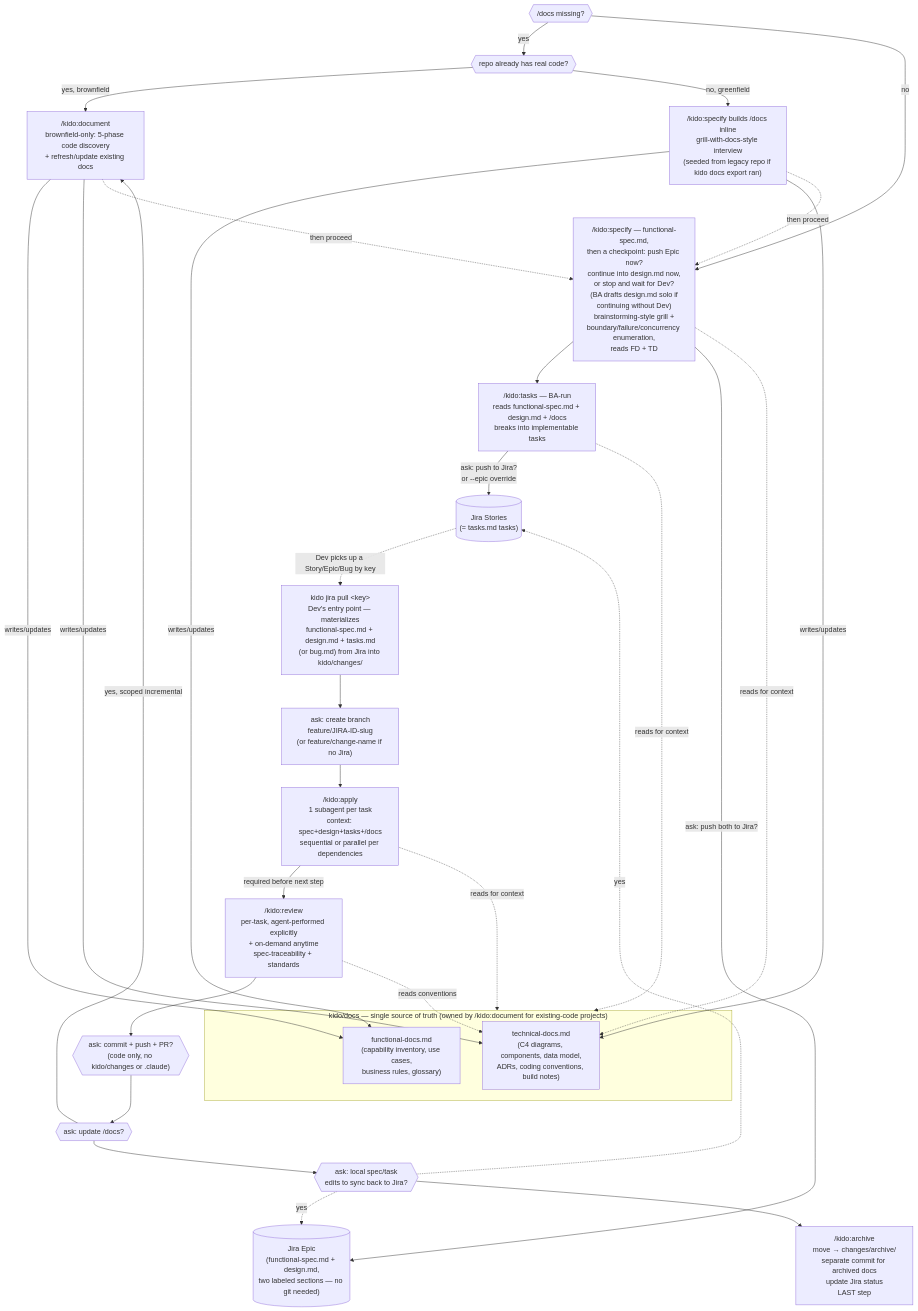
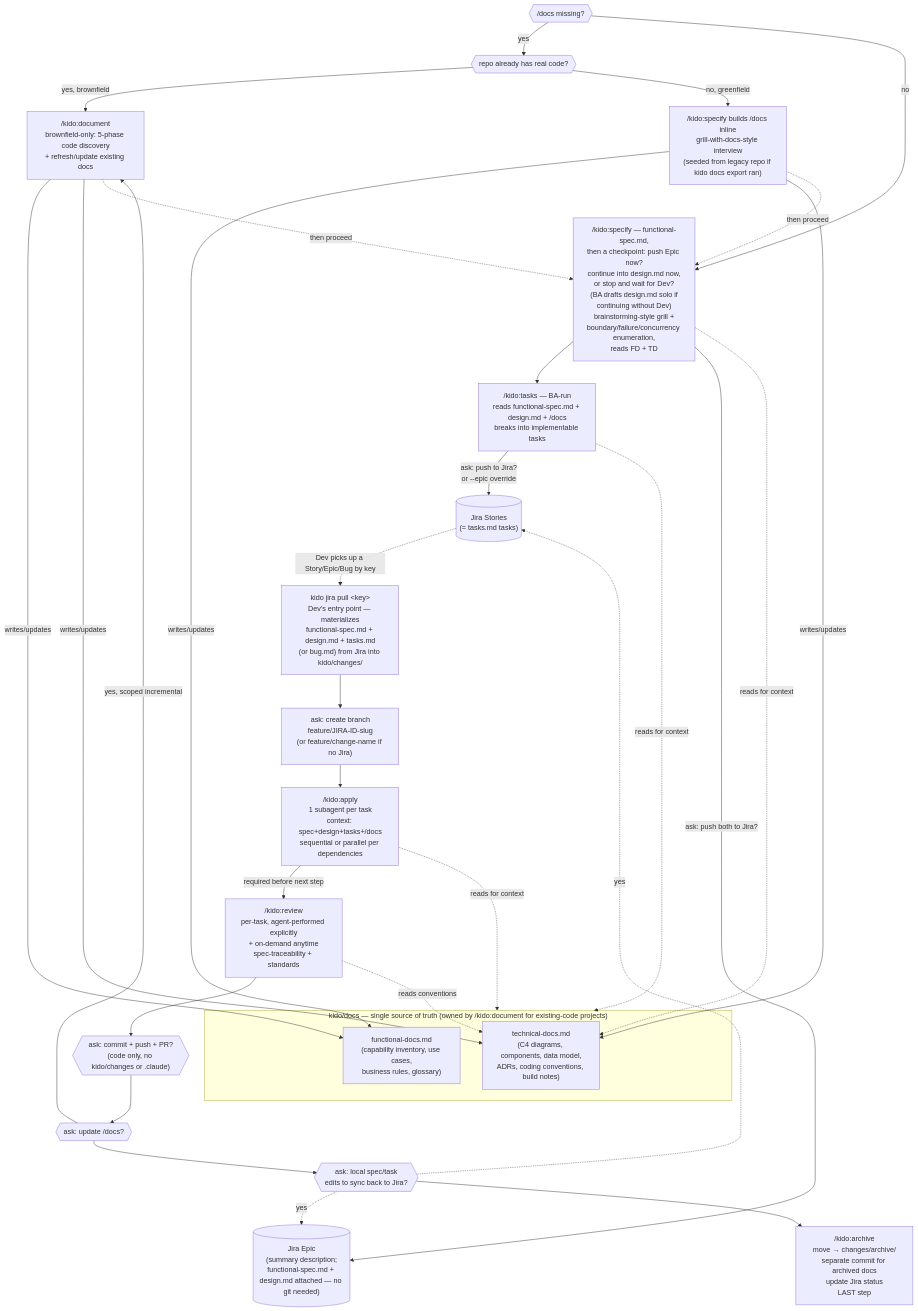
Before and after one commit to moezRebai/Kido-kit: the diagram in DESIGN.md, drawn with Mermaid. The commit also changed other lines of this file and 8 other files, not shown here.

````diff
--- a/DESIGN.md
+++ b/DESIGN.md
@@ -131,66 +133,66 @@
 ```mermaid
 flowchart TD
     subgraph KB["kido/docs — single source of truth (owned by /kido:document for existing-code projects)"]
         FD["functional-docs.md<br/>(capability inventory, use cases,<br/>business rules, glossary)"]
         TD["technical-docs.md<br/>(C4 diagrams, components, data model,<br/>ADRs, coding conventions, build notes)"]
     end
 
     DOCUMENT["/kido:document<br/>brownfield-only: 5-phase code discovery<br/>+ refresh/update existing docs"]
     DOCUMENT -->|writes/updates| FD
     DOCUMENT -->|writes/updates| TD
 
     NODOCS{{"/docs missing?"}}
     HASCODE{{"repo already has real code?"}}
     NODOCS -->|yes| HASCODE
     HASCODE -->|yes, brownfield| DOCUMENT
 
     SPECIFYDOCS["/kido:specify builds /docs inline<br/>grill-with-docs-style interview<br/>(seeded from legacy repo if kido docs export ran)"]
     HASCODE -->|no, greenfield| SPECIFYDOCS
     SPECIFYDOCS -->|writes/updates| FD
     SPECIFYDOCS -->|writes/updates| TD
 
     SPECIFY["/kido:specify — functional-spec.md,<br/>then a checkpoint: push Epic now?<br/>continue into design.md now,<br/>or stop and wait for Dev?<br/>(BA drafts design.md solo if<br/>continuing without Dev)<br/>brainstorming-style grill +<br/>boundary/failure/concurrency enumeration,<br/>reads FD + TD"]
     TASKS["/kido:tasks — BA-run<br/>reads functional-spec.md + design.md + /docs<br/>breaks into implementable tasks"]
 
     NODOCS -->|no| SPECIFY
     DOCUMENT -.->|then proceed| SPECIFY
     SPECIFYDOCS -.->|then proceed| SPECIFY
     SPECIFY --> TASKS
 
-    JIRA_E[("Jira Epic<br/>(functional-spec.md + design.md,<br/>two labeled sections — no git needed)")]
+    JIRA_E[("Jira Epic<br/>(summary description;<br/>functional-spec.md + design.md attached — no git needed)")]
     JIRA_S[("Jira Stories<br/>(= tasks.md tasks)")]
     SPECIFY -->|ask: push both to Jira?| JIRA_E
     TASKS -->|ask: push to Jira?<br/>or --epic override| JIRA_S
 
     PULL["kido jira pull &lt;key&gt;<br/>Dev's entry point — materializes<br/>functional-spec.md + design.md + tasks.md<br/>(or bug.md) from Jira into kido/changes/"]
     JIRA_S -.->|Dev picks up a Story/Epic/Bug by key| PULL
 
     BRANCH["ask: create branch<br/>feature/JIRA-ID-slug<br/>(or feature/change-name if no Jira)"]
     PULL --> BRANCH
 
     APPLY["/kido:apply<br/>1 subagent per task<br/>context: spec+design+tasks+/docs<br/>sequential or parallel per dependencies"]
     BRANCH --> APPLY
 
     REVIEW["/kido:review<br/>per-task, agent-performed explicitly<br/>+ on-demand anytime<br/>spec-traceability + standards"]
     APPLY -->|required before next step| REVIEW
 
     ASKCOMMIT{{"ask: commit + push + PR?<br/>(code only, no kido/changes or .claude)"}}
     REVIEW --> ASKCOMMIT
 
     ASKDOCS{{"ask: update /docs?"}}
     ASKCOMMIT --> ASKDOCS
     ASKDOCS -->|yes, scoped incremental| DOCUMENT
 
     ASKSYNC{{"ask: local spec/task<br/>edits to sync back to Jira?"}}
     ASKDOCS --> ASKSYNC
     ASKSYNC -.->|yes| JIRA_E
     ASKSYNC -.->|yes| JIRA_S
 
     ARCHIVE["/kido:archive<br/>move → changes/archive/<br/>separate commit for archived docs<br/>update Jira status<br/>LAST step"]
     ASKSYNC --> ARCHIVE
 
     SPECIFY -.->|reads for context| TD
     TASKS -.->|reads for context| KB
     APPLY -.->|reads for context| KB
     REVIEW -.->|reads conventions| TD
 ```
````
